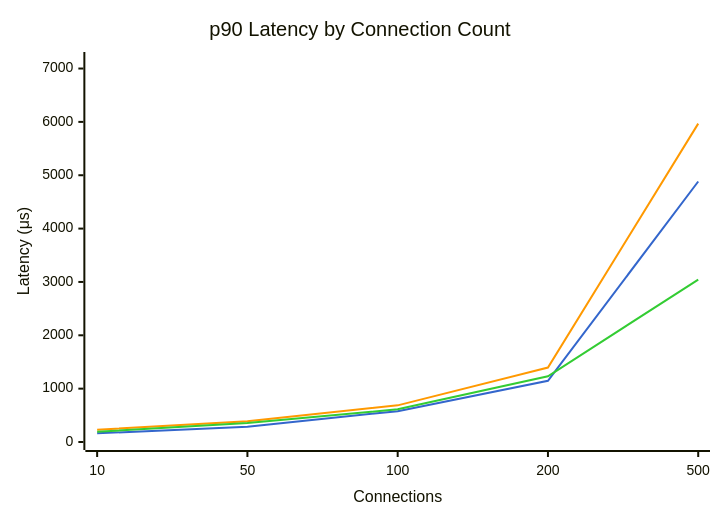
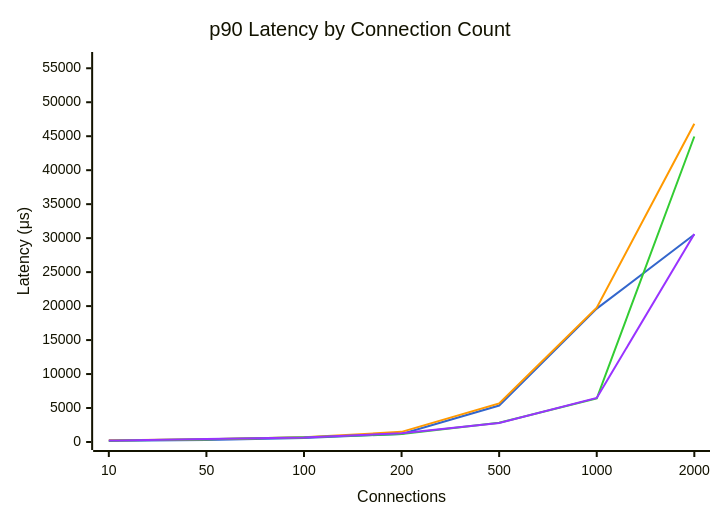
The fifth of 6 diagrams in docs/Bench/Azure/Standard_D2s_v5.md (youyuanwu/bypass-misc), drawn with Mermaid before and after one commit. The commit also changed other lines of this file and 15 other files, not shown here.

````diff
--- a/docs/Bench/Azure/Standard_D2s_v5.md
+++ b/docs/Bench/Azure/Standard_D2s_v5.md
@@ -112,15 +129,16 @@
 ```mermaid
 ---
 config:
     themeVariables:
         xyChart:
-            plotColorPalette: "#3366cc, #ff9900, #33cc33"
+            plotColorPalette: "#3366cc, #ff9900, #33cc33, #9933ff"
 ---
 xychart-beta
     title "p90 Latency by Connection Count"
-    x-axis "Connections" [10, 50, 100, 200, 500]
-    y-axis "Latency (μs)" 0 --> 7160
-    line "dpdk" [162, 288, 578, 1147, 4883]
-    line "tokio" [231, 388, 687, 1395, 5967]
-    line "tokio-local" [193, 355, 613, 1231, 3045]
+    x-axis "Connections" [10, 50, 100, 200, 500, 1000, 2000]
+    y-axis "Latency (μs)" 0 --> 56216
+    line "dpdk" [155, 298, 574, 1186, 5363, 19631, 30527]
+    line "tokio" [248, 398, 690, 1492, 5687, 19759, 46847]
+    line "tokio-local" [202, 398, 704, 1178, 2839, 6399, 44959]
+    line "kimojio" [207, 424, 645, 1299, 2795, 6491, 30607]
 ```
````
